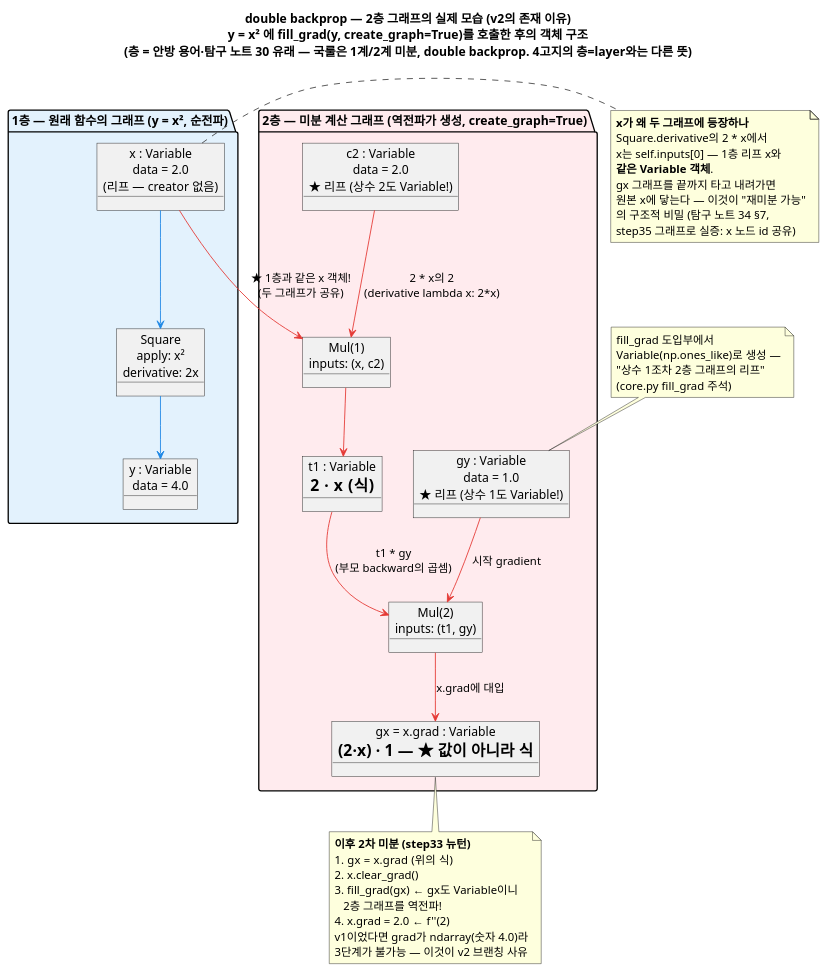
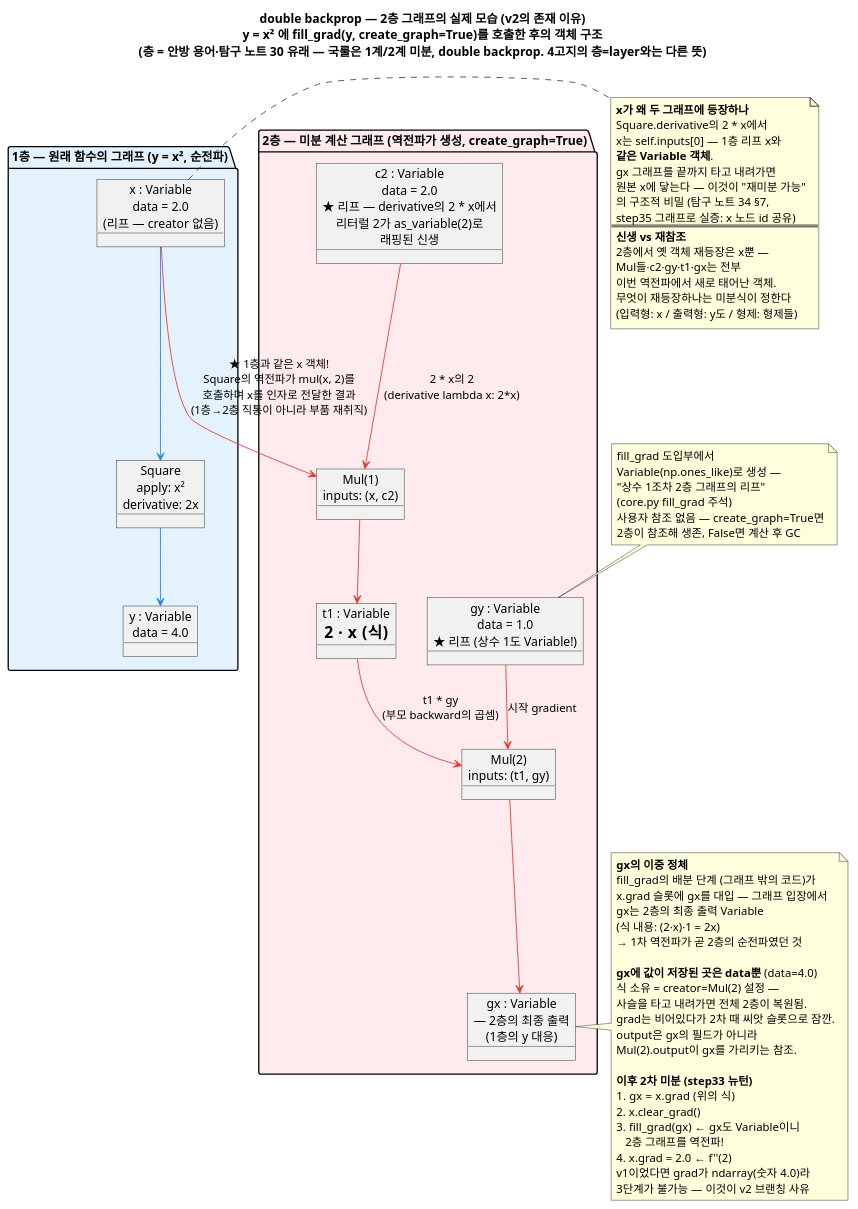
The diagram in notes/diagrams/v2/04_double_backprop.puml (ghjang/deep-learning-from-scratch-3), drawn with PlantUML before and after one commit. The commit also changed 8 other files, not shown here.

First line of the commit message:
docs(diagrams): rezero v2 UML 다이어그램 7종 + 큐 후보 11/12 등록

```diff
--- a/notes/diagrams/v2/04_double_backprop.puml
+++ b/notes/diagrams/v2/04_double_backprop.puml
@@ -1,66 +1,89 @@
 @startuml 04_double_backprop
 title double backprop — 2층 그래프의 실제 모습 (v2의 존재 이유)\ny = x² 에 fill_grad(y, create_graph=True)를 호출한 후의 객체 구조\n(층 = 안방 용어·탐구 노트 30 유래 — 국룰은 1계/2계 미분, double backprop. 4고지의 층=layer와는 다른 뜻)
 
 skinparam shadowing false
 skinparam object {
   ArrowColor #444444
 }
 
 ' ===== 1층 — 순전파가 만든 원래 그래프 =====
 package "1층 — 원래 함수의 그래프 (y = x², 순전파)" #E3F2FD {
   object "x : Variable\ndata = 2.0\n(리프 — creator 없음)" as x
   object "Square\napply: x²\nderivative: 2x" as sq
   object "y : Variable\ndata = 4.0" as y
 }
 
 ' ===== 2층 — 역전파가 '만든' 미분 계산 그래프 =====
 package "2층 — 미분 계산 그래프 (역전파가 생성, create_graph=True)" #FFEBEE {
   object "gy : Variable\ndata = 1.0\n★ 리프 (상수 1도 Variable!)" as gy
-  object "c2 : Variable\ndata = 2.0\n★ 리프 (상수 2도 Variable!)" as c2
+  object "c2 : Variable\ndata = 2.0\n★ 리프 — derivative의 2 * x에서\n리터럴 2가 as_variable(2)로\n래핑된 신생" as c2
   object "Mul(1)\ninputs: (x, c2)" as m1
   object "t1 : Variable\n= 2 · x  (식)" as t1
   object "Mul(2)\ninputs: (t1, gy)" as m2
-  object "gx = x.grad : Variable\n= (2·x) · 1  — ★ 값이 아니라 식" as gx
+  object "gx : Variable\n— 2층의 최종 출력\n(1층의 y 대응)" as gx
 }
 
 ' ===== 1층 데이터 흐름 =====
 x -[#1E88E5]-> sq
 sq -[#1E88E5]-> y
 
 ' ===== 2층 데이터 흐름 (역전파 중 Variable 연산으로 생성됨) =====
-x -[#E53935]-> m1 : ★ 1층과 같은 x 객체!\n(두 그래프가 공유)
+x -[#E53935]-> m1 : ★ 1층과 같은 x 객체!\nSquare의 역전파가 mul(x, 2)를\n호출하며 x를 인자로 전달한 결과\n(1층→2층 직통이 아니라 부품 재취직)
 c2 -[#E53935]-> m1 : 2 * x의 2\n(derivative lambda x: 2*x)
 m1 -[#E53935]-> t1
 t1 -[#E53935]-> m2 : t1 * gy\n(부모 backward의 곱셈)
 gy -[#E53935]-> m2 : 시작 gradient
-m2 -[#E53935]-> gx : x.grad에 대입
+m2 -[#E53935]-> gx
 
 note right of x
   <b>x가 왜 두 그래프에 등장하나</b>
   Square.derivative의 2 * x에서
   x는 self.inputs[0] — 1층 리프 x와
   <b>같은 Variable 객체</b>.
   gx 그래프를 끝까지 타고 내려가면
   원본 x에 닿는다 — 이것이 "재미분 가능"
   의 구조적 비밀 (탐구 노트 34 §7,
   step35 그래프로 실증: x 노드 id 공유)
+  ====
+  <b>신생 vs 재참조</b>
+  2층에서 옛 객체 재등장은 x뿐 —
+  Mul들·c2·gy·t1·gx는 전부
+  이번 역전파에서 새로 태어난 객체.
+  무엇이 재등장하나는 미분식이 정한다
+  (입력형: x / 출력형: y도 / 형제: 형제들)
 end note
 
-note bottom of gx
+note right of gx
+  <b>gx의 이중 정체</b>
+  fill_grad의 배분 단계 (그래프 밖의 코드)가
+  x.grad 슬롯에 gx를 대입 — 그래프 입장에서
+  gx는 2층의 최종 출력 Variable
+  (식 내용: (2·x)·1 = 2x)
+  → 1차 역전파가 곧 2층의 순전파였던 것
+
+  <b>gx에 값이 저장된 곳은 data뿐</b> (data=4.0)
+  식 소유 = creator=Mul(2) 설정 —
+  사슬을 타고 내려가면 전체 2층이 복원됨.
+  grad는 비어있다가 2차 때 씨앗 슬롯으로 잠깐.
+  output은 gx의 필드가 아니라
+  Mul(2).output이 gx를 가리키는 참조.
+
   <b>이후 2차 미분 (step33 뉴턴)</b>
   1. gx = x.grad  (위의 식)
   2. x.clear_grad()
   3. fill_grad(gx)  ← gx도 Variable이니
      2층 그래프를 역전파!
   4. x.grad = 2.0  ← f''(2)
   v1이었다면 grad가 ndarray(숫자 4.0)라
   3단계가 불가능 — 이것이 v2 브랜칭 사유
 end note
 
 note top of gy
   fill_grad 도입부에서
   Variable(np.ones_like)로 생성 —
   "상수 1조차 2층 그래프의 리프"
   (core.py fill_grad 주석)
+  사용자 참조 없음 — create_graph=True면
+  2층이 참조해 생존, False면 계산 후 GC
 end note
 @enduml
```
